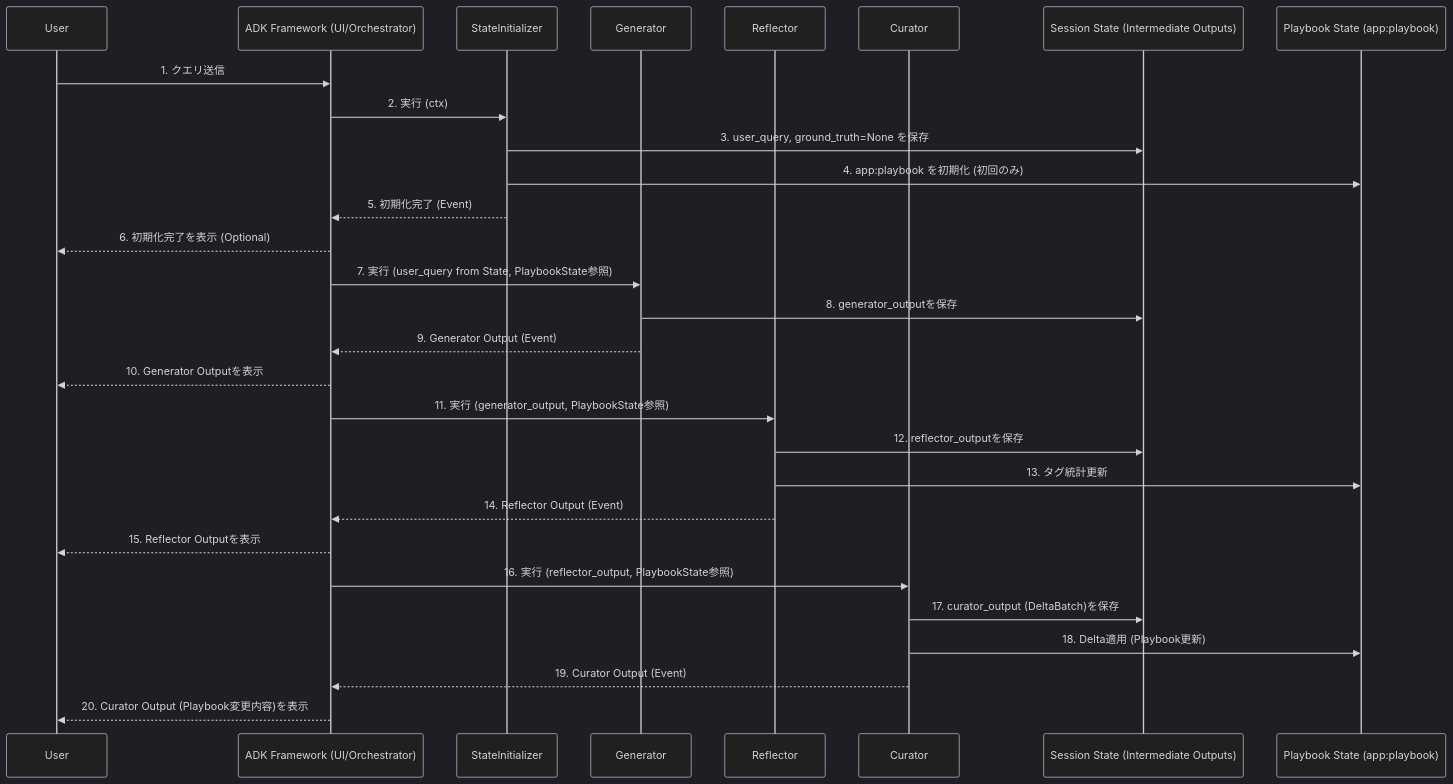
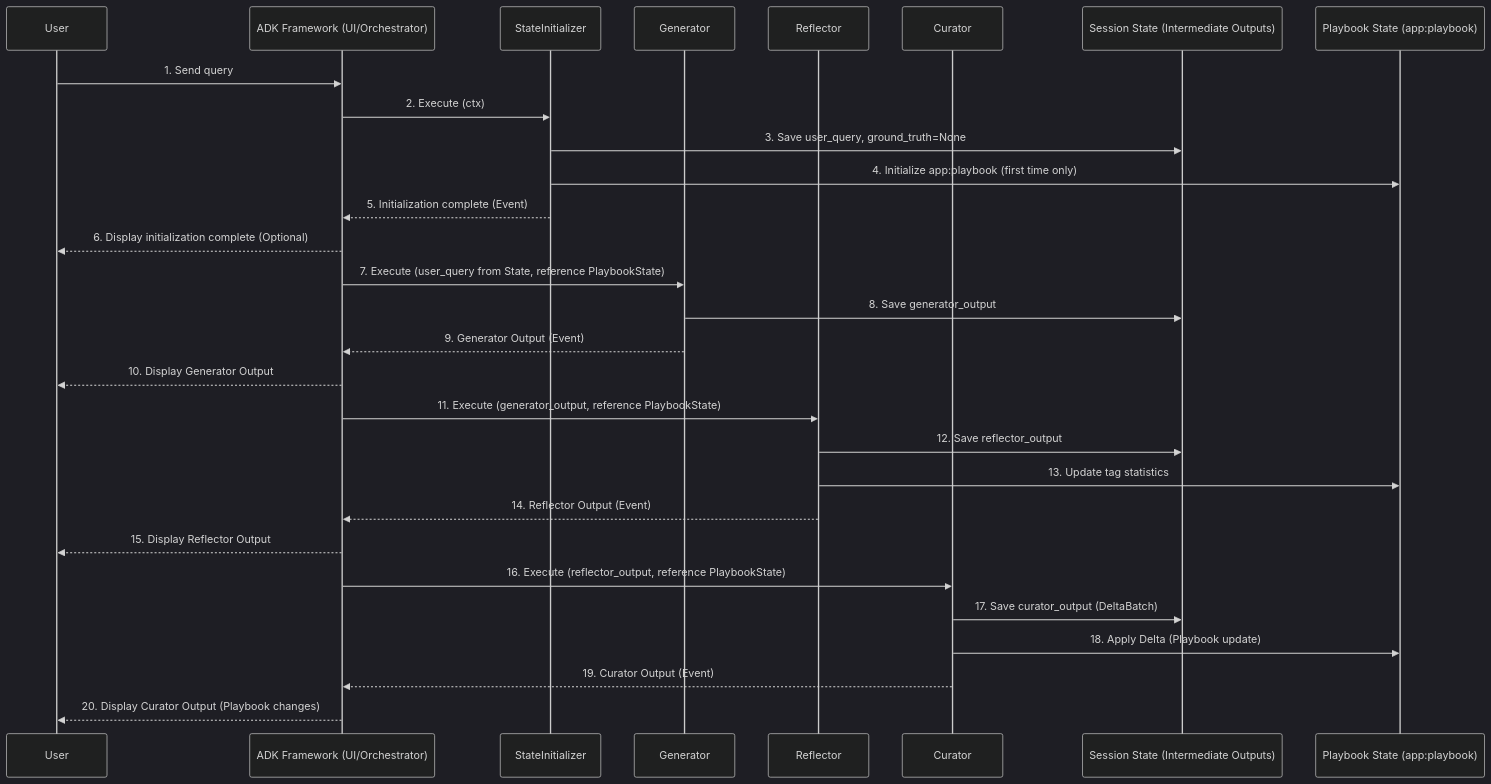
Before and after one commit to AIAnytime/agentic-context-engineering: the diagram in README.md, drawn with Mermaid (dark theme). The commit also changed other lines of this file and 11 other files, not shown here.

````diff
--- a/README.md
+++ b/README.md
@@ -35,35 +33,35 @@
 ```mermaid
 sequenceDiagram
     participant User
     participant ADKFramework as ADK Framework (UI/Orchestrator)
     participant StateInitializer
     participant Generator
     participant Reflector
     participant Curator
     participant SessionState as Session State (Intermediate Outputs)
     participant PlaybookState as Playbook State (app:playbook)
 
-    User->>ADKFramework: 1. クエリ送信
-    ADKFramework->>StateInitializer: 2. 実行 (ctx)
-    StateInitializer->>SessionState: 3. user_query, ground_truth=None を保存
-    StateInitializer->>PlaybookState: 4. app:playbook を初期化 (初回のみ)
-    StateInitializer-->>ADKFramework: 5. 初期化完了 (Event)
-    ADKFramework-->>User: 6. 初期化完了を表示 (Optional)
+    User->>ADKFramework: 1. Send query
+    ADKFramework->>StateInitializer: 2. Execute (ctx)
+    StateInitializer->>SessionState: 3. Save user_query, ground_truth=None
+    StateInitializer->>PlaybookState: 4. Initialize app:playbook (first time only)
+    StateInitializer-->>ADKFramework: 5. Initialization complete (Event)
+    ADKFramework-->>User: 6. Display initialization complete (Optional)
 
-    ADKFramework->>Generator: 7. 実行 (user_query from State, PlaybookState参照)
-    Generator->>SessionState: 8. generator_outputを保存
+    ADKFramework->>Generator: 7. Execute (user_query from State, reference PlaybookState)
+    Generator->>SessionState: 8. Save generator_output
     Generator-->>ADKFramework: 9. Generator Output (Event)
-    ADKFramework-->>User: 10. Generator Outputを表示
+    ADKFramework-->>User: 10. Display Generator Output
 
-    ADKFramework->>Reflector: 11. 実行 (generator_output, PlaybookState参照)
-    Reflector->>SessionState: 12. reflector_outputを保存
-    Reflector->>PlaybookState: 13. タグ統計更新
+    ADKFramework->>Reflector: 11. Execute (generator_output, reference PlaybookState)
+    Reflector->>SessionState: 12. Save reflector_output
+    Reflector->>PlaybookState: 13. Update tag statistics
     Reflector-->>ADKFramework: 14. Reflector Output (Event)
-    ADKFramework-->>User: 15. Reflector Outputを表示
+    ADKFramework-->>User: 15. Display Reflector Output
 
-    ADKFramework->>Curator: 16. 実行 (reflector_output, PlaybookState参照)
-    Curator->>SessionState: 17. curator_output (DeltaBatch)を保存
-    Curator->>PlaybookState: 18. Delta適用 (Playbook更新)
+    ADKFramework->>Curator: 16. Execute (reflector_output, reference PlaybookState)
+    Curator->>SessionState: 17. Save curator_output (DeltaBatch)
+    Curator->>PlaybookState: 18. Apply Delta (Playbook update)
     Curator-->>ADKFramework: 19. Curator Output (Event)
-    ADKFramework-->>User: 20. Curator Output (Playbook変更内容)を表示
+    ADKFramework-->>User: 20. Display Curator Output (Playbook changes)
 ```
````
